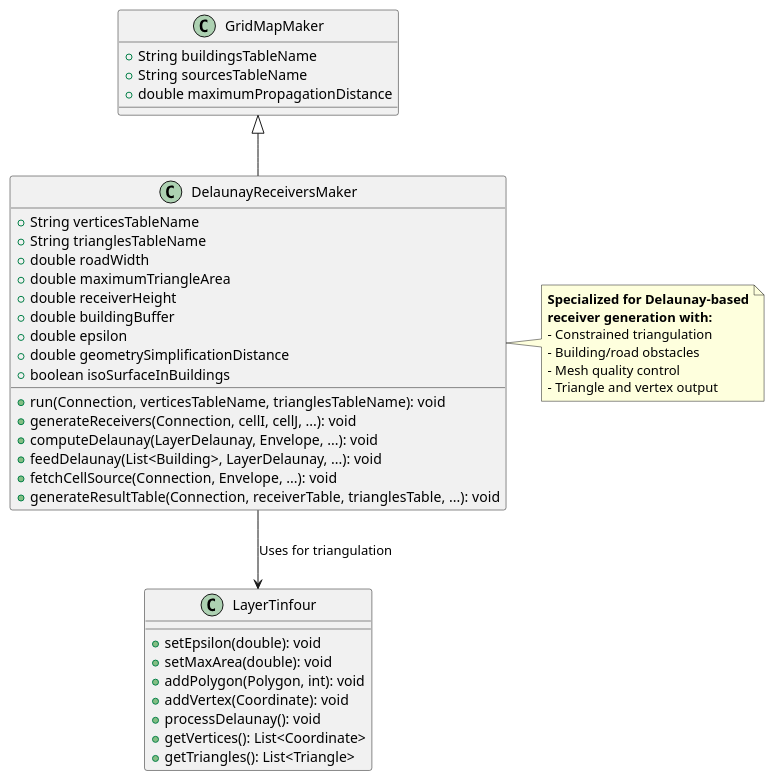
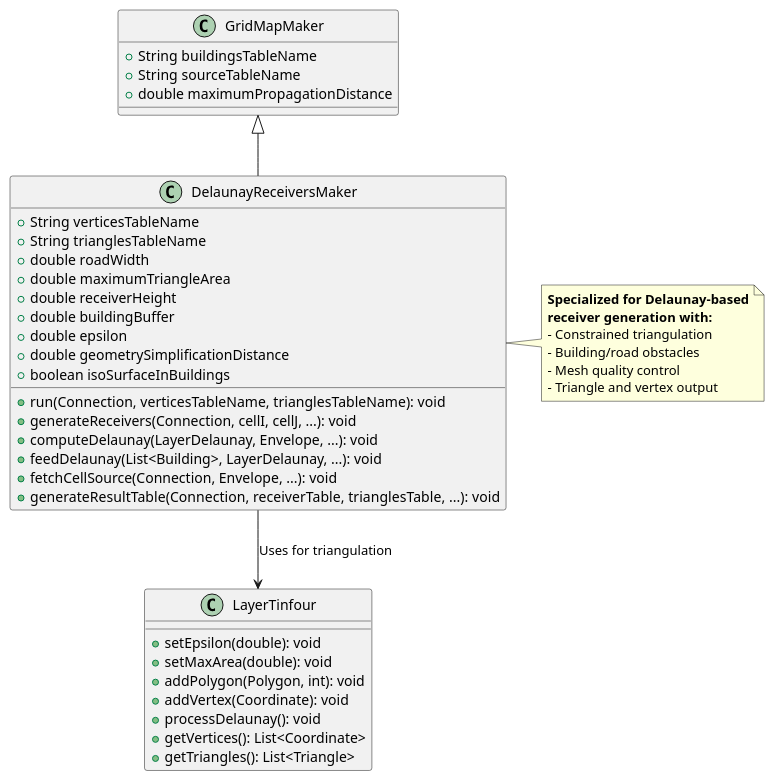
One commit to jtagusari/NoiseModelling changed the first of 5 diagrams in Docs-dev/receiver_generation_algorithms.md. Above: the diagram before and after it, drawn with PlantUML. The commit also changed other lines of this file and 50 other files, not shown here.

````diff
--- a/Docs-dev/receiver_generation_algorithms.md
+++ b/Docs-dev/receiver_generation_algorithms.md
@@ -71,49 +71,49 @@
 ```plantuml
 @startuml
 class GridMapMaker {
   + String buildingsTableName
-  + String sourcesTableName
+  + String sourceTableName
   + double maximumPropagationDistance
 }
 
 class DelaunayReceiversMaker extends GridMapMaker {
   + String verticesTableName
   + String trianglesTableName
   + double roadWidth
   + double maximumTriangleArea
   + double receiverHeight
   + double buildingBuffer
   + double epsilon
   + double geometrySimplificationDistance
   + boolean isoSurfaceInBuildings
   
   + run(Connection, verticesTableName, trianglesTableName): void
   + generateReceivers(Connection, cellI, cellJ, ...): void
   + computeDelaunay(LayerDelaunay, Envelope, ...): void
   + feedDelaunay(List<Building>, LayerDelaunay, ...): void
   + fetchCellSource(Connection, Envelope, ...): void
   + generateResultTable(Connection, receiverTable, trianglesTable, ...): void
 }
 
 class LayerTinfour {
   + setEpsilon(double): void
   + setMaxArea(double): void
   + addPolygon(Polygon, int): void
   + addVertex(Coordinate): void
   + processDelaunay(): void
   + getVertices(): List<Coordinate>
   + getTriangles(): List<Triangle>
 }
 
 DelaunayReceiversMaker --> LayerTinfour : Uses for triangulation
 
 note right of DelaunayReceiversMaker
   **Specialized for Delaunay-based**
   **receiver generation with:**
   - Constrained triangulation
   - Building/road obstacles
   - Mesh quality control
   - Triangle and vertex output
 end note
 @enduml
 ```
````
